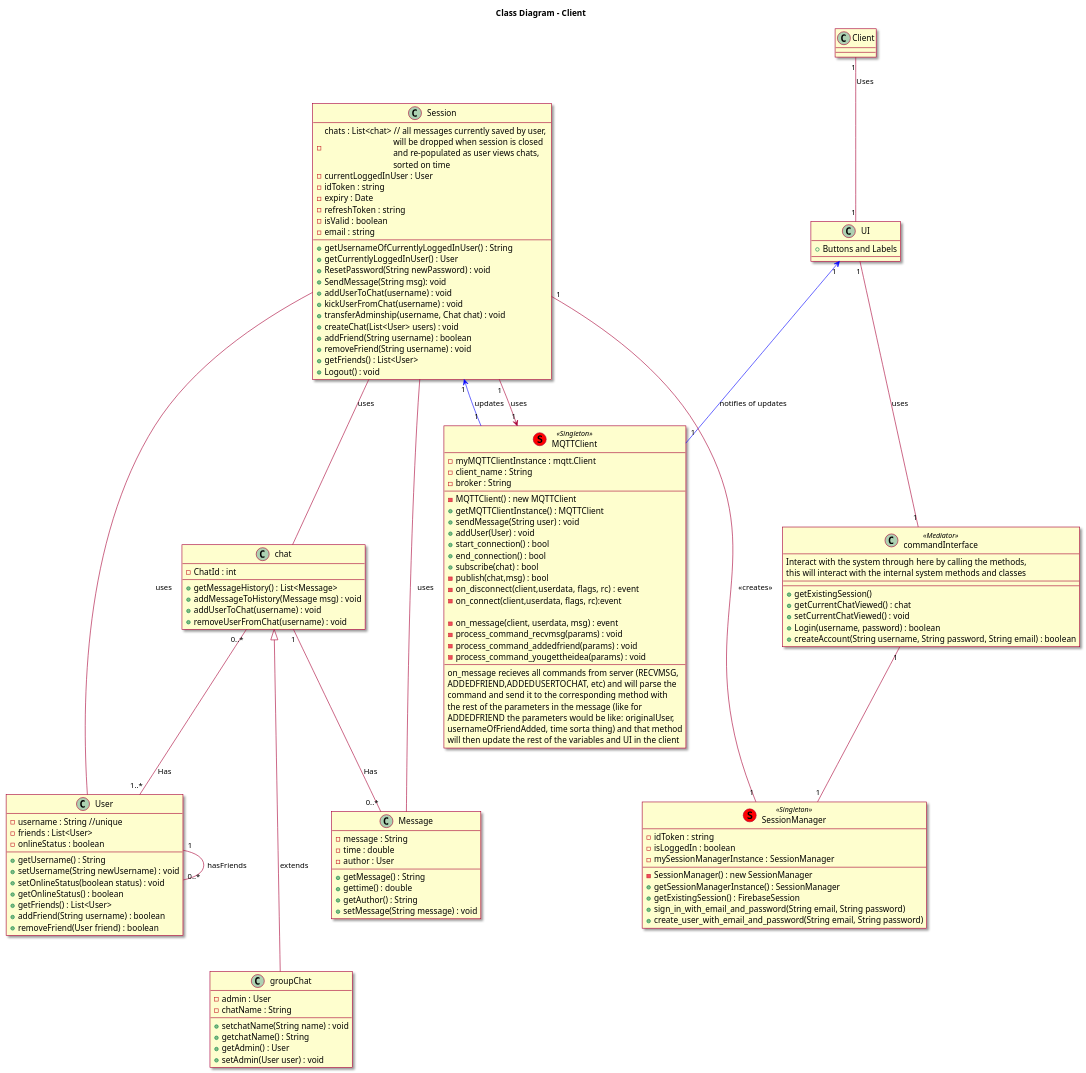
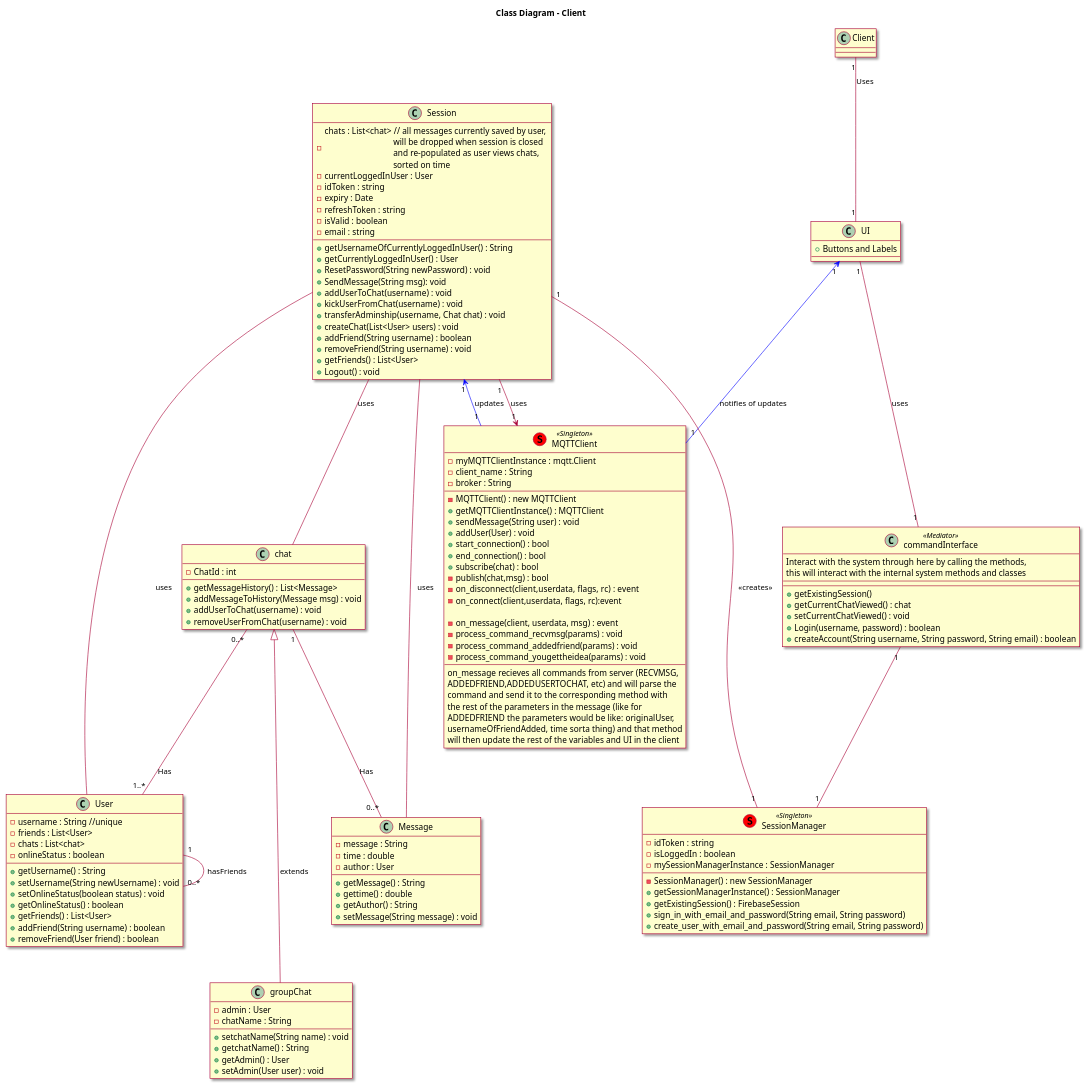
The diagram in diagrams/class_diagram.wsd (UBCO-COSC-310-Winter-2022-T2/the-project-marbl), drawn with PlantUML before and after one commit. The commit also changed 1 other file, not shown here.

Commit message:
re-added list of chats in User (for client instance)

```diff
--- a/diagrams/class_diagram.wsd
+++ b/diagrams/class_diagram.wsd
@@ -1,153 +1,154 @@
 @startuml
 
 skin rose
 
 title Class Diagram - Client
 
 
 skinparam componentStyle uml2
 class Client{}
 Client "1"--"1" UI: Uses
 
 class Message{
     - message : String
     - time : double
     - author : User
     +getMessage() : String
     +gettime() : double
     +getAuthor() : String
     +setMessage(String message) : void
 }
 
 class User  {
     -username : String //unique
     -friends : List<User>
+    -chats : List<chat>
     -onlineStatus : boolean
 
     +getUsername() : String
     +setUsername(String newUsername) : void
     +setOnlineStatus(boolean status) : void
     +getOnlineStatus() : boolean
     +getFriends() : List<User>
     +addFriend(String username) : boolean
     +removeFriend(User friend) : boolean
 }
 
 User "1"--"0..*" User : hasFriends
 
 Class MQTTClient <<(S,red) Singleton>> {
     -myMQTTClientInstance : mqtt.Client 
     -client_name : String
     -broker : String
     --
     -MQTTClient() : new MQTTClient
     +getMQTTClientInstance() : MQTTClient
     +sendMessage(String user) : void
     +addUser(User) : void
     +start_connection() : bool
     +end_connection() : bool
     +subscribe(chat) : bool
     -publish(chat,msg) : bool
     -on_disconnect(client,userdata, flags, rc)  : event
     -on_connect(client,userdata, flags, rc):event
     
     -on_message(client, userdata, msg) : event 
     -process_command_recvmsg(params) : void
     -process_command_addedfriend(params) : void
     -process_command_yougettheidea(params) : void
     --
     on_message recieves all commands from server (RECVMSG, 
     ADDEDFRIEND,ADDEDUSERTOCHAT, etc) and will parse the
     command and send it to the corresponding method with
     the rest of the parameters in the message (like for
     ADDEDFRIEND the parameters would be like: originalUser,
      usernameOfFriendAdded, time sorta thing) and that method
      will then update the rest of the variables and UI in the client 
 }
 
 MQTTClient "1" -[#blue]-> "1" Session : updates
 UI "1" <-[#blue]- "1" MQTTClient : notifies of updates
 
 Class groupChat {
     -admin : User
     -chatName : String
     +setchatName(String name) : void
     +getchatName() : String
     +getAdmin() : User
     +setAdmin(User user) : void
 }
 
 Class chat {
     -ChatId : int
     +getMessageHistory() : List<Message>
     +addMessageToHistory(Message msg) : void
     +addUserToChat(username) : void
     +removeUserFromChat(username) : void
 }
 
 chat "0..*" -- "1..*" User : Has
 
 chat "1" -- "0..*" Message : Has
 
 groupChat-up--|> chat : extends
 
 class commandInterface <<Mediator>> {
     Interact with the system through here by calling the methods,
     this will interact with the internal system methods and classes
     --
     --
     +getExistingSession()
     +getCurrentChatViewed() : chat
     +setCurrentChatViewed() : void
     +Login(username, password) : boolean
     +createAccount(String username, String password, String email) : boolean
 }
 
 Session  --  User : uses
 Session  --  chat: uses
 Session  --  Message: uses
 
 class UI {
     +Buttons and Labels
 }
 
 class Session{
     -chats : List<chat> // all messages currently saved by user, \n\t\t\t\twill be dropped when session is closed\n\t\t\t\tand re-populated as user views chats, \n\t\t\t\tsorted on time
     -currentLoggedInUser : User
     -idToken : string
     -expiry : Date
     -refreshToken : string
     -isValid : boolean
     -email : string
     +getUsernameOfCurrentlyLoggedInUser() : String
     +getCurrentlyLoggedInUser() : User
     +ResetPassword(String newPassword) : void
     +SendMessage(String msg): void
     +addUserToChat(username) : void
     +kickUserFromChat(username) : void
     +transferAdminship(username, Chat chat) : void
     +createChat(List<User> users) : void
     +addFriend(String username) : boolean
     +removeFriend(String username) : void
     +getFriends() : List<User>
     +Logout() : void
 }
 
 class SessionManager <<(S,red) Singleton>>{
     -idToken : string
     -isLoggedIn : boolean
     -mySessionManagerInstance : SessionManager
     -SessionManager() : new SessionManager
     +getSessionManagerInstance() : SessionManager
     +getExistingSession() : FirebaseSession
     +sign_in_with_email_and_password(String email, String password)
     +create_user_with_email_and_password(String email, String password)
 }
 
 
 Session "1" --> "1" MQTTClient : uses
 Session "1" -- "1" SessionManager : <<creates>>
 UI "1" -- "1" commandInterface : uses
 commandInterface "1" -- "1" SessionManager
 
 @enduml
```
